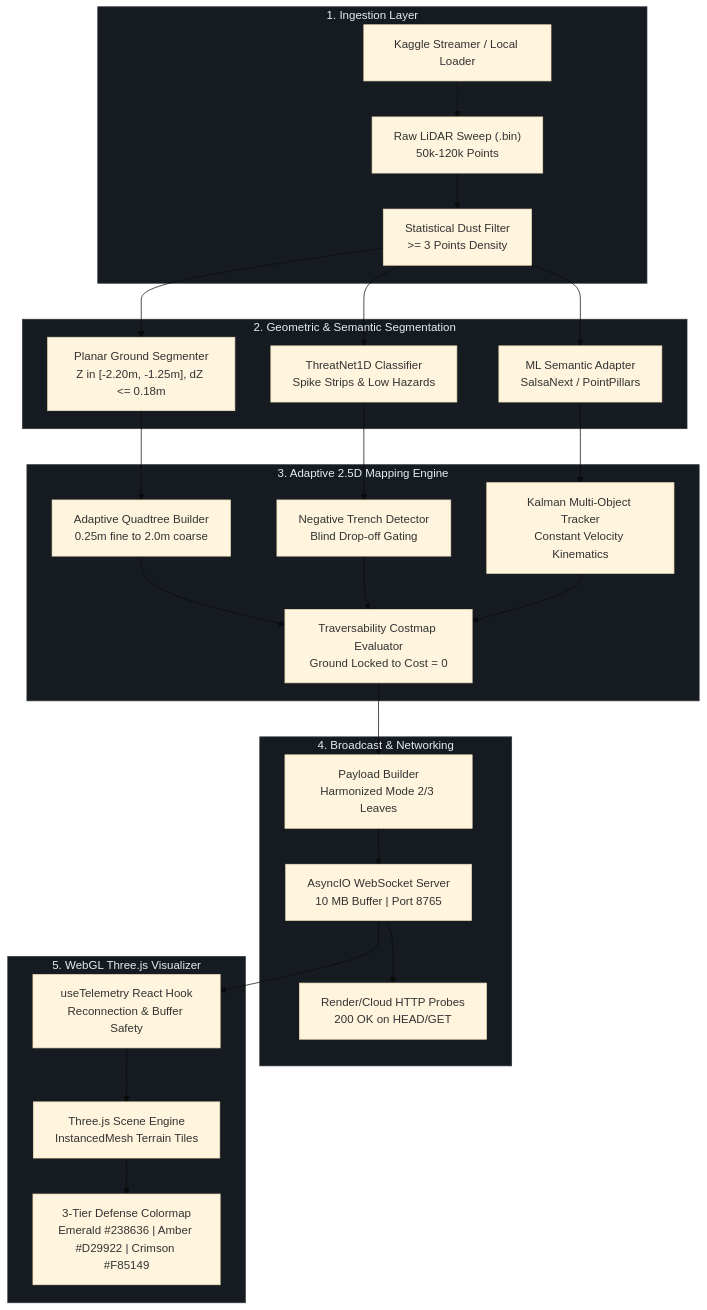
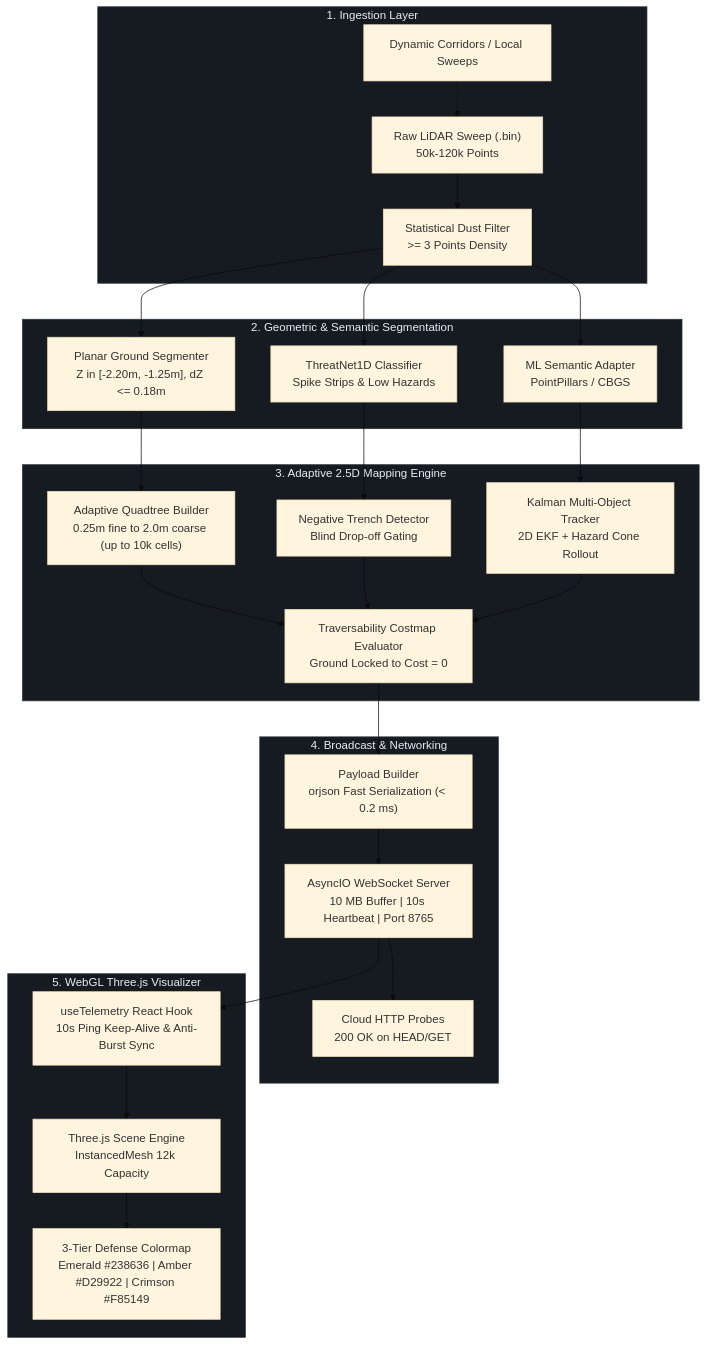
The diagram in README.md (Hardik1036/2.5D-LiDar-Adaptive-Mapping), drawn with Mermaid (base theme) before and after one commit. The commit also changed other lines of this file and 2 other files, not shown here.

````diff
--- a/README.md
+++ b/README.md
@@ -166,38 +165,38 @@
 ```mermaid
 flowchart TD
     subgraph SENSORS["1. Ingestion Layer"]
         RAW["Raw LiDAR Sweep (.bin)<br/>50k-120k Points"] --> DUST["Statistical Dust Filter<br/>>= 3 Points Density"]
-        KAG["Kaggle Streamer / Local Loader"] -.-> RAW
+        KAG["Dynamic Corridors / Local Sweeps"] -.-> RAW
     end
 
     subgraph PREPROC["2. Geometric & Semantic Segmentation"]
         DUST --> GROUND["Planar Ground Segmenter<br/>Z in [-2.20m, -1.25m], dZ <= 0.18m"]
         DUST --> THREAT["ThreatNet1D Classifier<br/>Spike Strips & Low Hazards"]
-        DUST --> ML["ML Semantic Adapter<br/>SalsaNext / PointPillars"]
+        DUST --> ML["ML Semantic Adapter<br/>PointPillars / CBGS"]
     end
 
     subgraph MAPPING["3. Adaptive 2.5D Mapping Engine"]
-        GROUND --> QUADTREE["Adaptive Quadtree Builder<br/>0.25m fine to 2.0m coarse"]
+        GROUND --> QUADTREE["Adaptive Quadtree Builder<br/>0.25m fine to 2.0m coarse (up to 10k cells)"]
         THREAT --> TRENCH["Negative Trench Detector<br/>Blind Drop-off Gating"]
-        ML --> TRACK["Kalman Multi-Object Tracker<br/>Constant Velocity Kinematics"]
+        ML --> TRACK["Kalman Multi-Object Tracker<br/>2D EKF + Hazard Cone Rollout"]
         QUADTREE & TRENCH & TRACK --> COSTMAP["Traversability Costmap Evaluator<br/>Ground Locked to Cost = 0"]
     end
 
     subgraph TELEMETRY["4. Broadcast & Networking"]
-        COSTMAP --> SERIAL["Payload Builder<br/>Harmonized Mode 2/3 Leaves"]
-        SERIAL --> WS["AsyncIO WebSocket Server<br/>10 MB Buffer | Port 8765"]
-        WS --> PROBE["Render/Cloud HTTP Probes<br/>200 OK on HEAD/GET"]
+        COSTMAP --> SERIAL["Payload Builder<br/>orjson Fast Serialization (< 0.2 ms)"]
+        SERIAL --> WS["AsyncIO WebSocket Server<br/>10 MB Buffer | 10s Heartbeat | Port 8765"]
+        WS --> PROBE["Cloud HTTP Probes<br/>200 OK on HEAD/GET"]
     end
 
     subgraph HUD["5. WebGL Three.js Visualizer"]
-        WS --> HOOK["useTelemetry React Hook<br/>Reconnection & Buffer Safety"]
-        HOOK --> SCENE["Three.js Scene Engine<br/>InstancedMesh Terrain Tiles"]
+        WS --> HOOK["useTelemetry React Hook<br/>10s Ping Keep-Alive & Anti-Burst Sync"]
+        HOOK --> SCENE["Three.js Scene Engine<br/>InstancedMesh 12k Capacity"]
         SCENE --> PALETTE["3-Tier Defense Colormap<br/>Emerald #238636 | Amber #D29922 | Crimson #F85149"]
     end
 
     style SENSORS fill:#161b22,stroke:#30363d,color:#e6edf3
     style PREPROC fill:#161b22,stroke:#30363d,color:#e6edf3
     style MAPPING fill:#161b22,stroke:#30363d,color:#e6edf3
     style TELEMETRY fill:#161b22,stroke:#30363d,color:#e6edf3
     style HUD fill:#161b22,stroke:#30363d,color:#e6edf3
 ```
````
